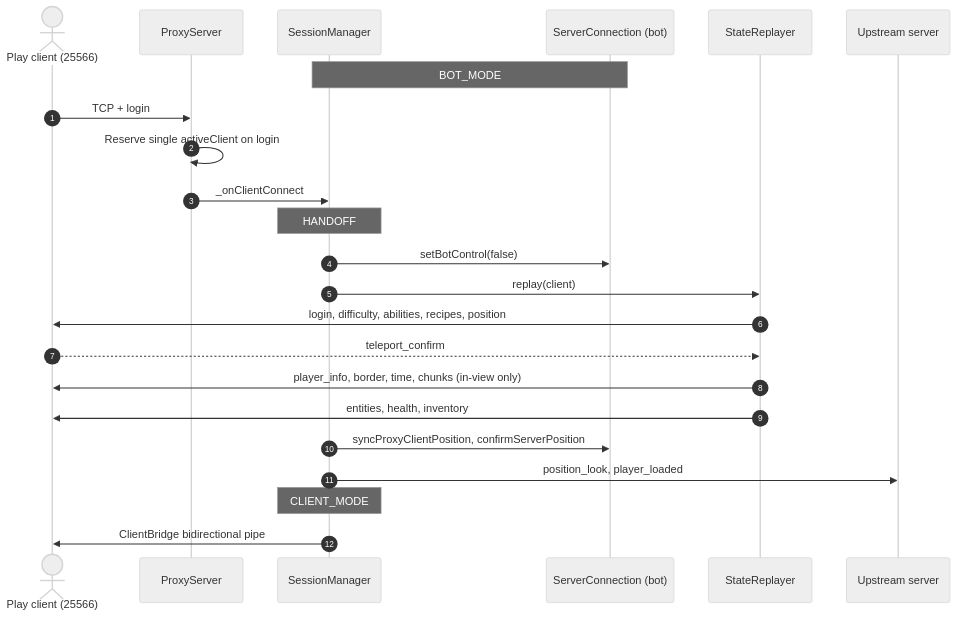
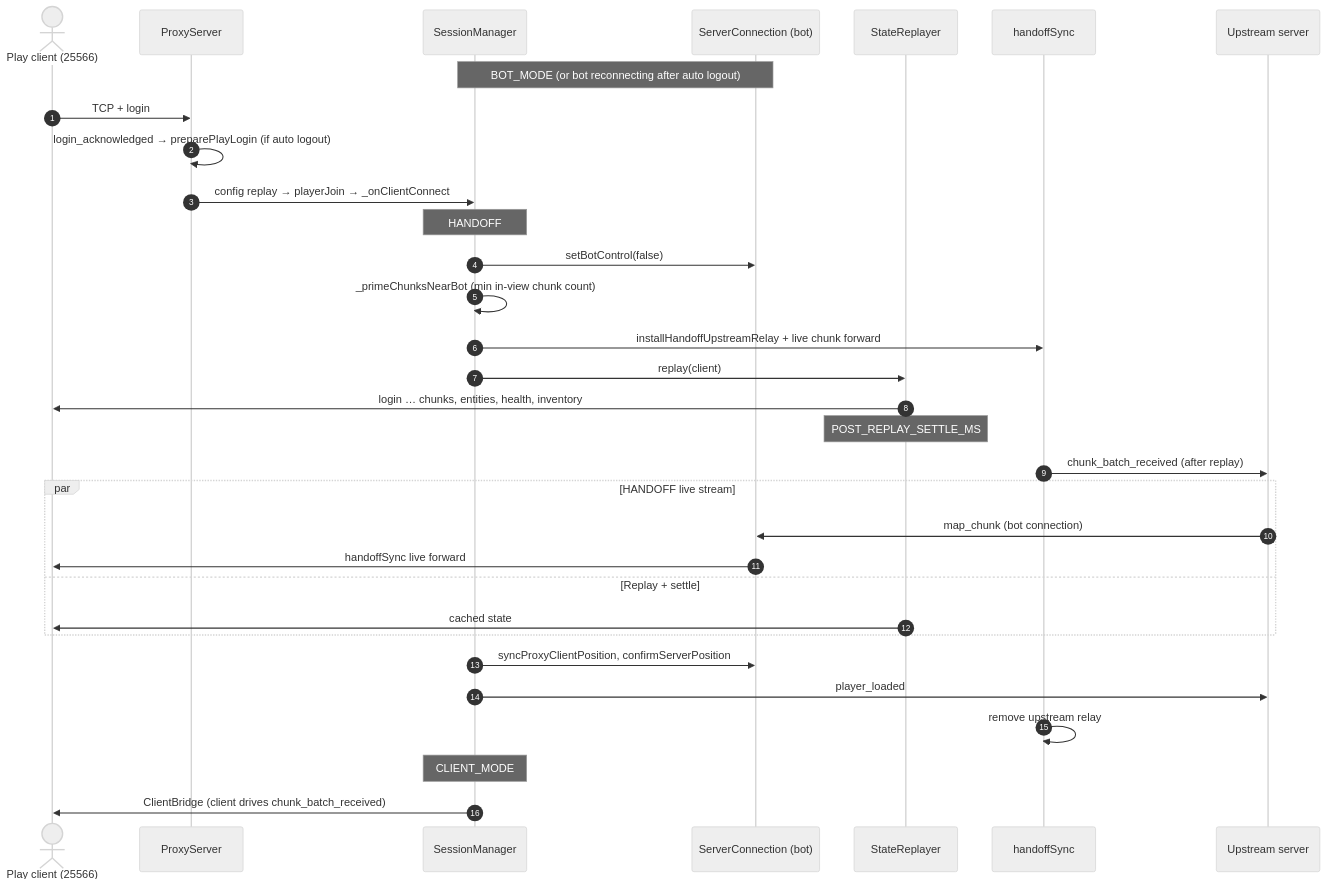
The fifth of 6 diagrams in protocol.md (sebseb7/flayerproxy), drawn with Mermaid (neutral theme) before and after one commit. The commit also changed other lines of this file and 13 other files, not shown here.

Commit message:
AutoReLogin When the bot was autodisconnected , relogin during controlport handover.

````diff
--- a/protocol.md
+++ b/protocol.md
@@ -318,26 +325,35 @@
 ```mermaid
 sequenceDiagram
     autonumber
     actor Player as Play client (25566)
     participant PS as ProxyServer
     participant SM as SessionManager
     participant SC as ServerConnection (bot)
     participant SR as StateReplayer
+    participant HS as handoffSync
     participant Server as Upstream server
 
-    Note over SM,SC: BOT_MODE
+    Note over SM,SC: BOT_MODE (or bot reconnecting after auto logout)
     Player->>PS: TCP + login
-    PS->>PS: Reserve single activeClient on login
-    PS->>SM: _onClientConnect
+    PS->>PS: login_acknowledged → preparePlayLogin (if auto logout)
+    PS->>SM: config replay → playerJoin → _onClientConnect
     Note over SM: HANDOFF
     SM->>SC: setBotControl(false)
+    SM->>SM: _primeChunksNearBot (min in-view chunk count)
+    SM->>HS: installHandoffUpstreamRelay + live chunk forward
     SM->>SR: replay(client)
-    SR->>Player: login, difficulty, abilities, recipes, position
-    Player-->>SR: teleport_confirm
-    SR->>Player: player_info, border, time, chunks (in-view only)
-    SR->>Player: entities, health, inventory
+    SR->>Player: login … chunks, entities, health, inventory
+    Note over SR: POST_REPLAY_SETTLE_MS
+    HS->>Server: chunk_batch_received (after replay)
+    par HANDOFF live stream
+        Server->>SC: map_chunk (bot connection)
+        SC->>Player: handoffSync live forward
+    and Replay + settle
+        SR->>Player: cached state
+    end
     SM->>SC: syncProxyClientPosition, confirmServerPosition
-    SM->>Server: position_look, player_loaded
+    SM->>Server: player_loaded
+    HS->>HS: remove upstream relay
     Note over SM: CLIENT_MODE
-    SM->>Player: ClientBridge bidirectional pipe
+    SM->>Player: ClientBridge (client drives chunk_batch_received)
 ```
````
